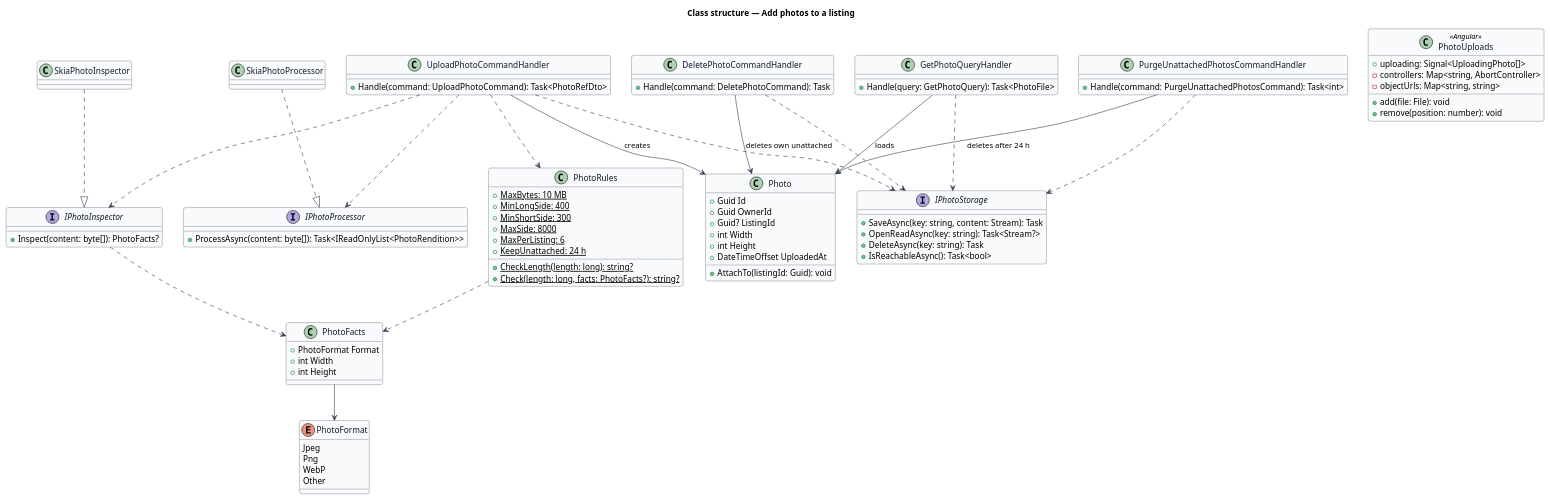
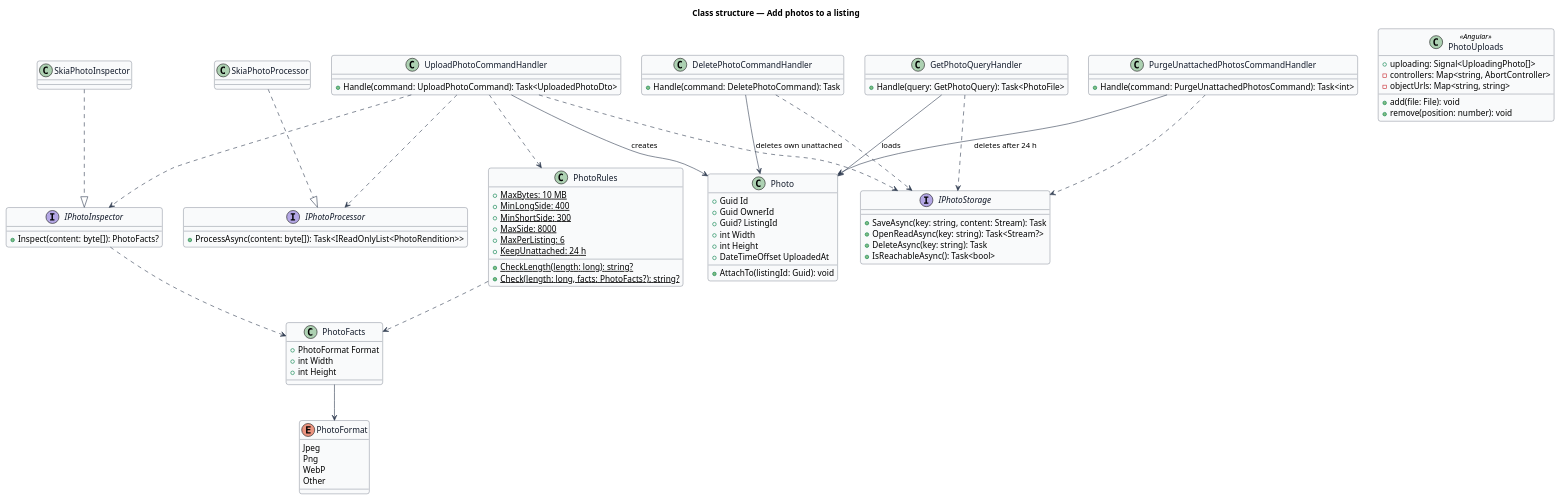
Before and after one commit to QuinntyneBrown/christian-rent: the diagram in docs/detailed-designs/post/add-photos/diagrams/class-structure.puml, drawn with PlantUML. The commit also changed 13 other files, not shown here.

```diff
--- a/docs/detailed-designs/post/add-photos/diagrams/class-structure.puml
+++ b/docs/detailed-designs/post/add-photos/diagrams/class-structure.puml
@@ -1,95 +1,95 @@
 @startuml
 ' --- shared skin header ---
 skinparam backgroundColor #FFFFFF
 skinparam shadowing false
 skinparam roundcorner 8
 skinparam defaultFontName Arial
 skinparam ArrowColor #344054
 skinparam class {
   BorderColor #344054
   FontColor #101828
   BackgroundColor #F9FAFB
 }
 ' --------------------------
 title Class structure — Add photos to a listing
 
 class Photo {
   +Guid Id
   +Guid OwnerId
   +Guid? ListingId
   +int Width
   +int Height
   +DateTimeOffset UploadedAt
   +AttachTo(listingId: Guid): void
 }
 class PhotoFacts {
   +PhotoFormat Format
   +int Width
   +int Height
 }
 enum PhotoFormat {
   Jpeg
   Png
   WebP
   Other
 }
 class PhotoRules {
   +{static} MaxBytes: 10 MB
   +{static} MinLongSide: 400
   +{static} MinShortSide: 300
   +{static} MaxSide: 8000
   +{static} MaxPerListing: 6
   +{static} KeepUnattached: 24 h
   +{static} CheckLength(length: long): string?
   +{static} Check(length: long, facts: PhotoFacts?): string?
 }
 interface IPhotoInspector {
   +Inspect(content: byte[]): PhotoFacts?
 }
 interface IPhotoProcessor {
   +ProcessAsync(content: byte[]): Task<IReadOnlyList<PhotoRendition>>
 }
 interface IPhotoStorage {
   +SaveAsync(key: string, content: Stream): Task
   +OpenReadAsync(key: string): Task<Stream?>
   +DeleteAsync(key: string): Task
   +IsReachableAsync(): Task<bool>
 }
 class SkiaPhotoInspector
 class SkiaPhotoProcessor
 class UploadPhotoCommandHandler {
-  +Handle(command: UploadPhotoCommand): Task<PhotoRefDto>
+  +Handle(command: UploadPhotoCommand): Task<UploadedPhotoDto>
 }
 class DeletePhotoCommandHandler {
   +Handle(command: DeletePhotoCommand): Task
 }
 class PurgeUnattachedPhotosCommandHandler {
   +Handle(command: PurgeUnattachedPhotosCommand): Task<int>
 }
 class GetPhotoQueryHandler {
   +Handle(query: GetPhotoQuery): Task<PhotoFile>
 }
 class PhotoUploads <<Angular>> {
   +uploading: Signal<UploadingPhoto[]>
   +add(file: File): void
   +remove(position: number): void
   -controllers: Map<string, AbortController>
   -objectUrls: Map<string, string>
 }
 UploadPhotoCommandHandler ..> IPhotoInspector
 UploadPhotoCommandHandler ..> IPhotoProcessor
 UploadPhotoCommandHandler ..> IPhotoStorage
 UploadPhotoCommandHandler ..> PhotoRules
 UploadPhotoCommandHandler --> Photo : creates
 DeletePhotoCommandHandler --> Photo : deletes own unattached
 DeletePhotoCommandHandler ..> IPhotoStorage
 PurgeUnattachedPhotosCommandHandler --> Photo : deletes after 24 h
 PurgeUnattachedPhotosCommandHandler ..> IPhotoStorage
 GetPhotoQueryHandler --> Photo : loads
 GetPhotoQueryHandler ..> IPhotoStorage
 SkiaPhotoInspector ..|> IPhotoInspector
 SkiaPhotoProcessor ..|> IPhotoProcessor
 IPhotoInspector ..> PhotoFacts
 PhotoFacts --> PhotoFormat
 PhotoRules ..> PhotoFacts
 @enduml
```
